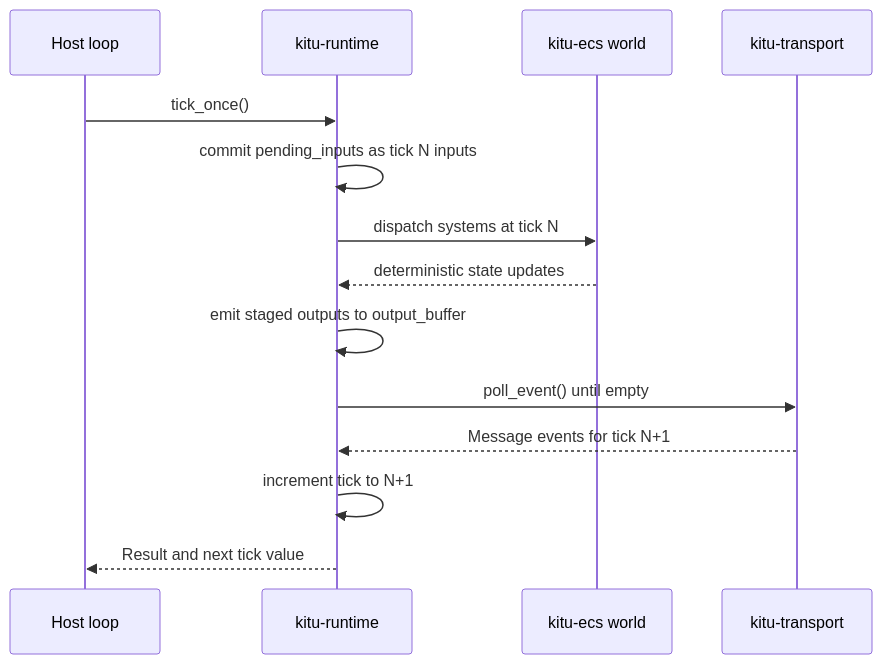
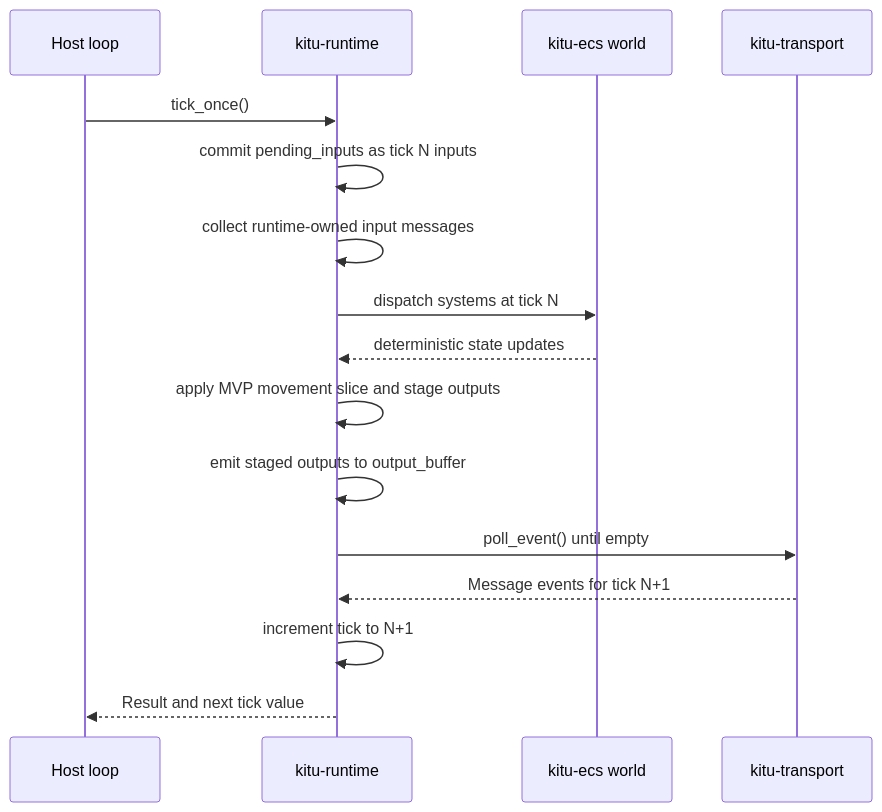
The second of 5 diagrams in doc/architecture.md (Nagitch/kitu-logic-processor), drawn with Mermaid before and after one commit. The commit also changed other lines of this file and 2 other files, not shown here.

Commit message:
Sync runtime execution docs with current tick order

````diff
--- a/doc/architecture.md
+++ b/doc/architecture.md
@@ -216,17 +218,19 @@
 ```mermaid
 sequenceDiagram
     participant Host as Host loop
     participant Runtime as kitu-runtime
     participant ECS as kitu-ecs world
     participant Transport as kitu-transport
 
     Host->>Runtime: tick_once()
     Runtime->>Runtime: commit pending_inputs as tick N inputs
+    Runtime->>Runtime: collect runtime-owned input messages
     Runtime->>ECS: dispatch systems at tick N
     ECS-->>Runtime: deterministic state updates
+    Runtime->>Runtime: apply MVP movement slice and stage outputs
     Runtime->>Runtime: emit staged outputs to output_buffer
     Runtime->>Transport: poll_event() until empty
     Transport-->>Runtime: Message events for tick N+1
     Runtime->>Runtime: increment tick to N+1
     Runtime-->>Host: Result and next tick value
 ```
````
